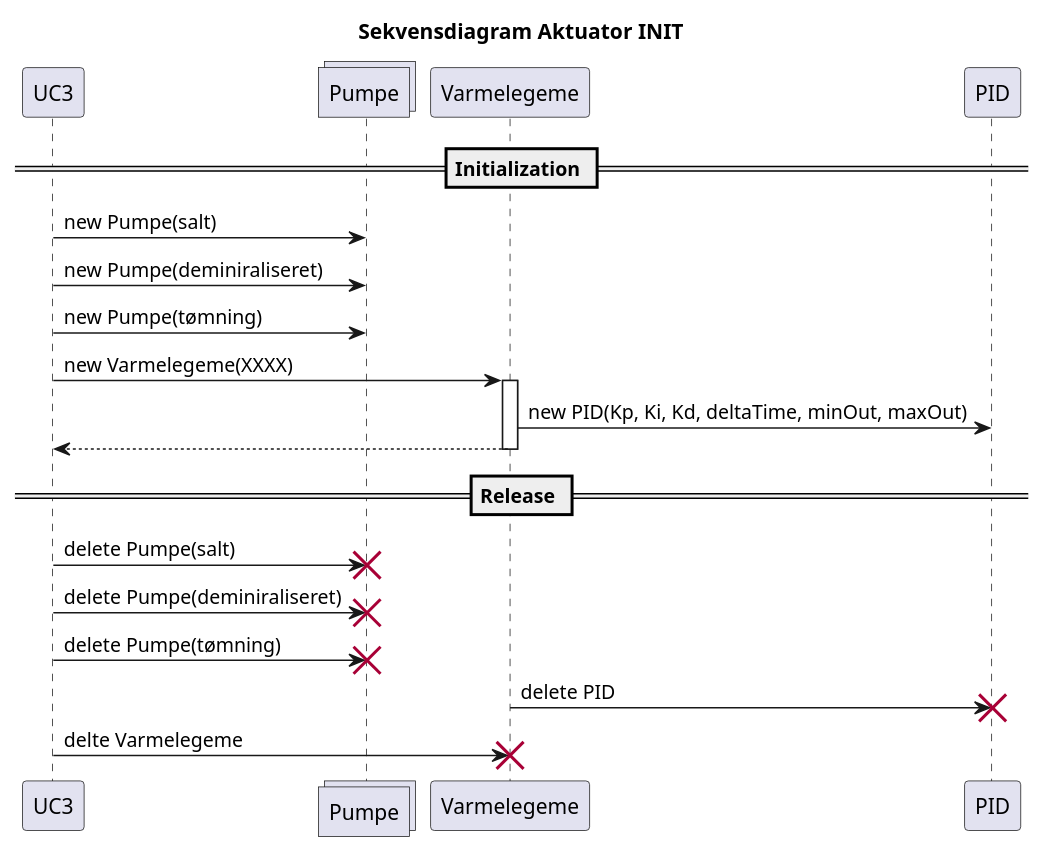
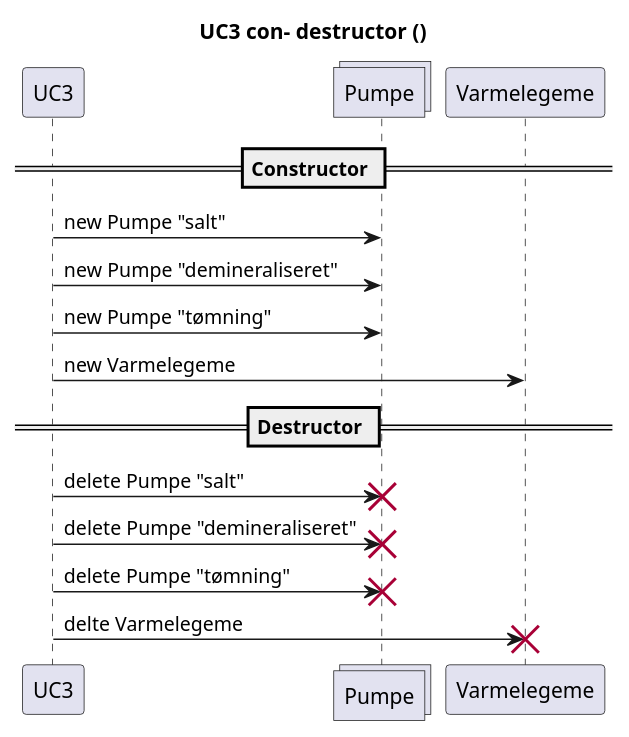
One commit to Solvgraa-mager/E4PRJ4 changed the diagram in Design/Akutuator enhed/Domnaemodel_AE/SD_AE_init_release.puml. Above: the diagram before and after it, drawn with PlantUML. The commit also changed 33 other files, not shown here.

```diff
--- a/Design/Akutuator enhed/Domnaemodel_AE/SD_AE_init_release.puml
+++ b/Design/Akutuator enhed/Domnaemodel_AE/SD_AE_init_release.puml
@@ -1,24 +1,20 @@
-@startuml SC_UC3
-title Sekvensdiagram Aktuator INIT
+@startuml SD_UC3_AE
+title UC3 con- destructor () 
 participant UC3
 collections Pumpe
 participant Varmelegeme
-participant PID
 
-== Initialization ==
-UC3 -> Pumpe : new Pumpe(salt)
-UC3 -> Pumpe : new Pumpe(deminiraliseret)
-UC3 -> Pumpe : new Pumpe(tømning)
-UC3 -> Varmelegeme ++ : new Varmelegeme(XXXX)
-Varmelegeme -> PID : new PID(Kp, Ki, Kd, deltaTime, minOut, maxOut)
-return
+== Constructor ==
+UC3 -> Pumpe : new Pumpe "salt"
+UC3 -> Pumpe : new Pumpe "demineraliseret"
+UC3 -> Pumpe : new Pumpe "tømning"
+UC3 -> Varmelegeme : new Varmelegeme
 
 
-== Release ==
-UC3 -> Pumpe !! : delete Pumpe(salt)
-UC3 -> Pumpe !! : delete Pumpe(deminiraliseret)
-UC3 -> Pumpe !! : delete Pumpe(tømning)
-Varmelegeme -> PID !! : delete PID
+== Destructor ==
+UC3 -> Pumpe !! : delete Pumpe "salt"
+UC3 -> Pumpe !! : delete Pumpe "demineraliseret"
+UC3 -> Pumpe !! : delete Pumpe "tømning"
 UC3 -> Varmelegeme !! : delte Varmelegeme
 
 @enduml
```
